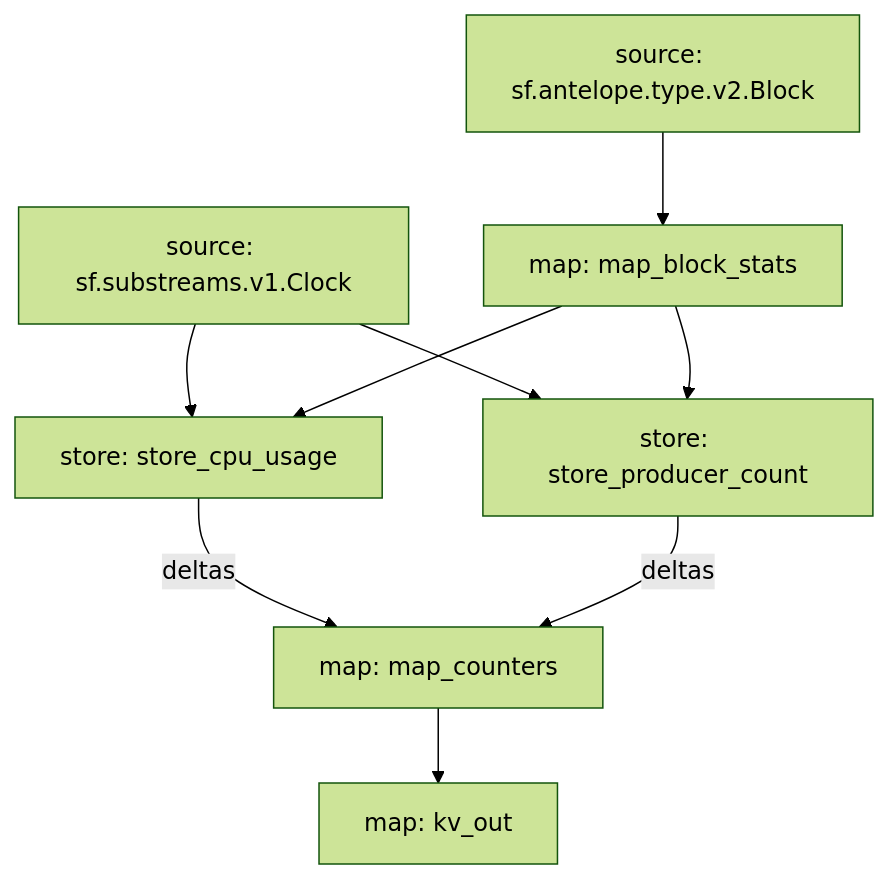
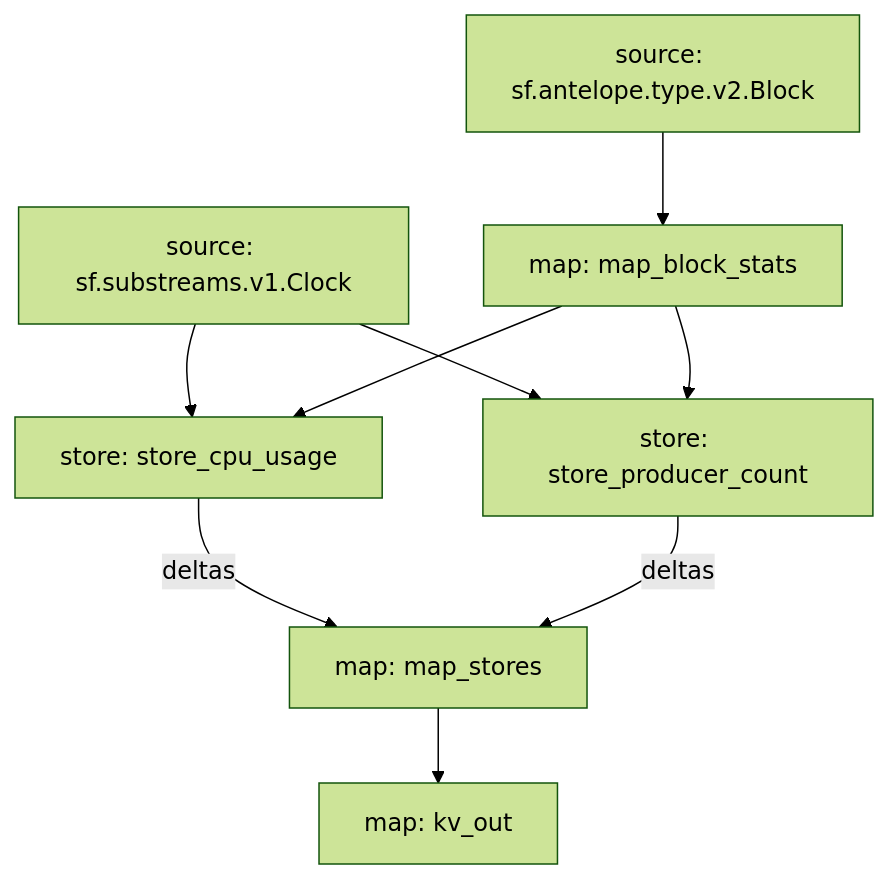
One commit to pinax-network/substreams changed the diagram in eosmechanics/README.md. Above: the diagram before and after it, drawn with Mermaid (forest theme). The commit also changed other lines of this file and 4 other files, not shown here.

````diff
--- a/eosmechanics/README.md
+++ b/eosmechanics/README.md
@@ -7,16 +13,16 @@
 ```mermaid
 graph TD;
   map_block_stats[map: map_block_stats]
   sf.antelope.type.v2.Block[source: sf.antelope.type.v2.Block] --> map_block_stats
   store_cpu_usage[store: store_cpu_usage]
   sf.substreams.v1.Clock[source: sf.substreams.v1.Clock] --> store_cpu_usage
   map_block_stats --> store_cpu_usage
   store_producer_count[store: store_producer_count]
   sf.substreams.v1.Clock[source: sf.substreams.v1.Clock] --> store_producer_count
   map_block_stats --> store_producer_count
-  map_counters[map: map_counters]
-  store_cpu_usage -- deltas --> map_counters
-  store_producer_count -- deltas --> map_counters
+  map_stores[map: map_stores]
+  store_cpu_usage -- deltas --> map_stores
+  store_producer_count -- deltas --> map_stores
   kv_out[map: kv_out]
-  map_counters --> kv_out
+  map_stores --> kv_out
 ```
````
